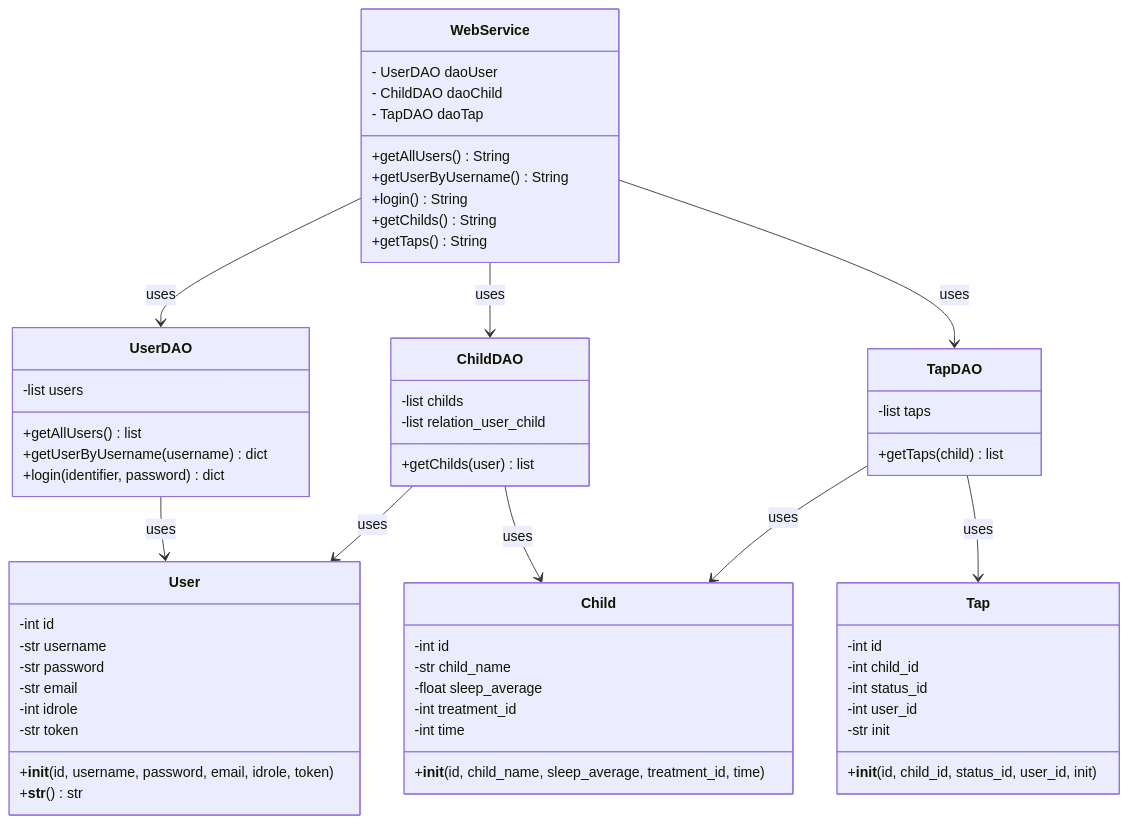
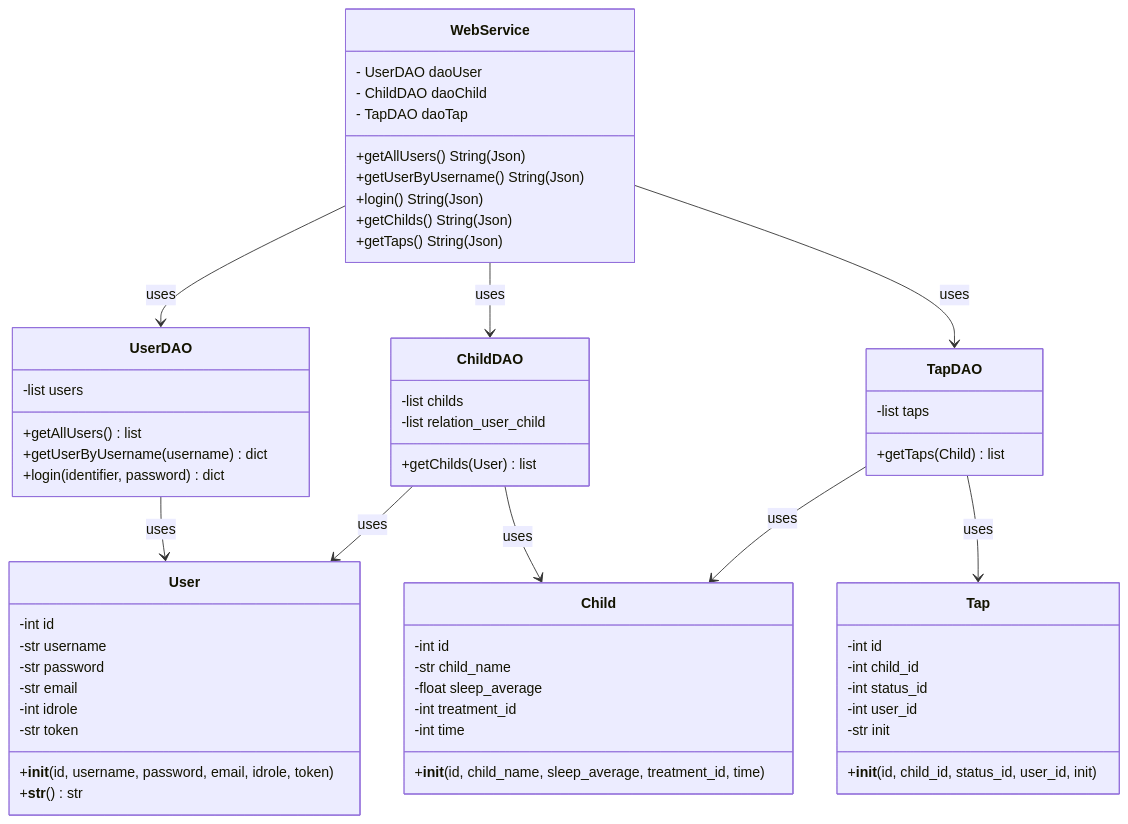
The diagram in charts/classdiagramServerP2.mermaid (amallad2/entorns2526), drawn with Mermaid before and after one commit. The commit also changed 1 other file, not shown here.

```diff
--- a/charts/classdiagramServerP2.mermaid
+++ b/charts/classdiagramServerP2.mermaid
@@ -1,71 +1,71 @@
 classDiagram
     %% === ENTITATS DE MODEL ===
     class User {
         -int id
         -str username
         -str password
         -str email
         -int idrole
         -str token
         +__init__(id, username, password, email, idrole, token)
         +__str__() str
     }
 
     class Child {
         -int id
         -str child_name
         -float sleep_average
         -int treatment_id
         -int time
         +__init__(id, child_name, sleep_average, treatment_id, time)
     }
 
     class Tap {
         -int id
         -int child_id
         -int status_id
         -int user_id
         -str init
         +__init__(id, child_id, status_id, user_id, init)
     }
 
     %% === CAPA DAO (ACCESS LAYER) - SERVIDOR ===
     class UserDAO {
         -list users
         +getAllUsers() list
         +getUserByUsername(username) dict
         +login(identifier, password) dict
     }
 
     class ChildDAO {
         -list childs
         -list relation_user_child
-        +getChilds(user) list
+        +getChilds(User) list<Child>
     }
 
 
     class TapDAO {
         -list taps
-        +getTaps(child) list
+        +getTaps(Child) list<Tap>
     }
 
 
     class WebService {
         - UserDAO daoUser
         - ChildDAO daoChild
         - TapDAO daoTap
-        +getAllUsers() String
-        +getUserByUsername() String
-        +login() String
-        +getChilds() String
-        +getTaps() String
+        +getAllUsers() String(Json)
+        +getUserByUsername() String(Json)
+        +login() String(Json)
+        +getChilds() String(Json)
+        +getTaps() String(Json)
     }
 
     UserDAO --> User : uses
     ChildDAO --> Child : uses
     ChildDAO --> User : uses
     TapDAO --> Tap : uses
     TapDAO --> Child : uses
     WebService --> UserDAO : uses
     WebService --> ChildDAO : uses
     WebService --> TapDAO : uses
```
